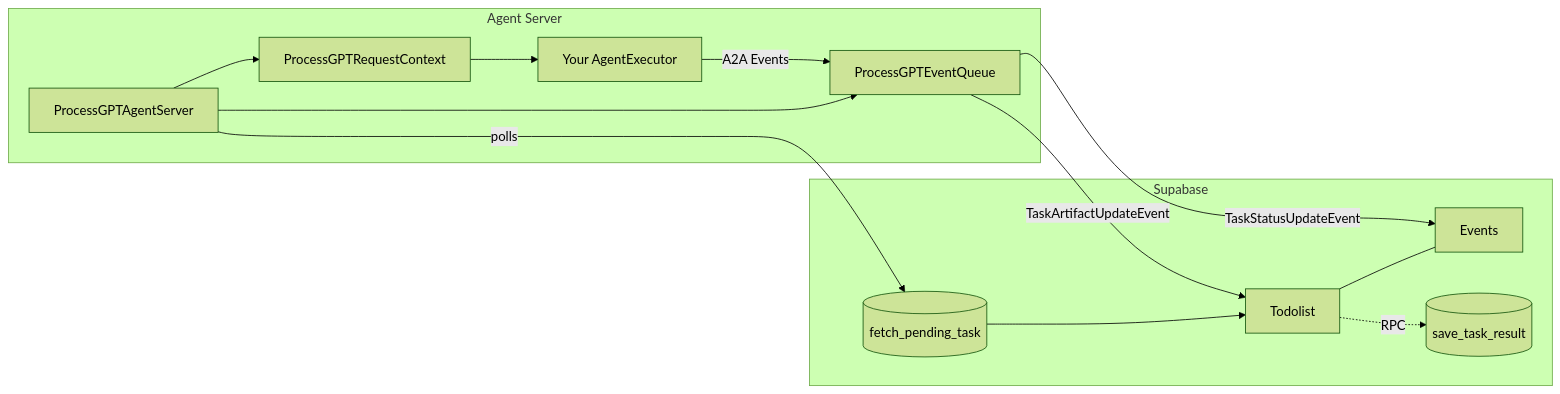
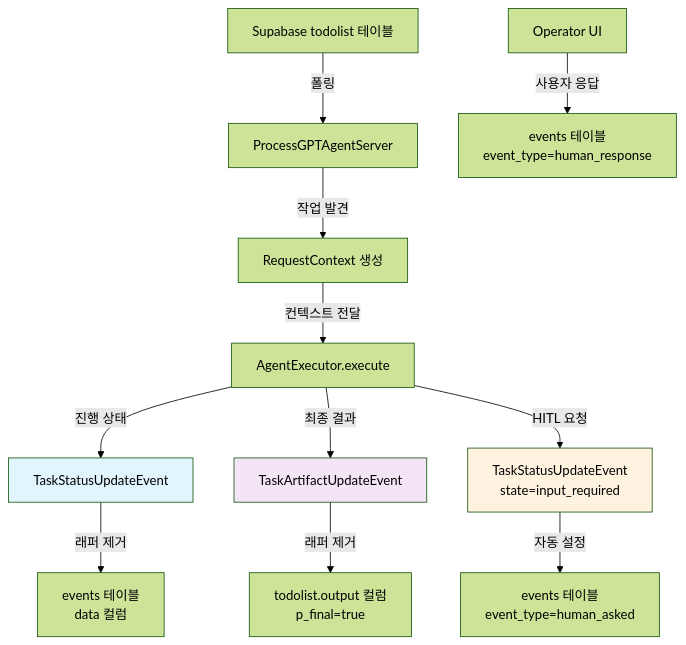
One commit to uengine-oss/process-gpt-agent-sdk changed the first of 2 diagrams in README.md. Above: the diagram before and after it, drawn with Mermaid (forest theme). The commit also changed other lines of this file and 2 other files, not shown here.

````diff
--- a/README.md
+++ b/README.md
@@ -11,20 +123,20 @@
 ```mermaid
-flowchart LR
-    subgraph Supabase
-      A[Todolist] --- B[Events]
-      A -.RPC.-> C[(save_task_result)]
-      D[(fetch_pending_task)] --> A
-    end
-
-    subgraph Agent Server
-      E[ProcessGPTAgentServer] -->|polls| D
-      E --> F[ProcessGPTRequestContext]
-      E --> G[ProcessGPTEventQueue]
-      H[Your AgentExecutor]
-      F --> H
-      H -->|A2A Events| G
-    end
-
-    G -->|TaskStatusUpdateEvent| B
-    G -->|TaskArtifactUpdateEvent| A
+graph TD
+    A[Supabase todolist 테이블] -->|폴링| B[ProcessGPTAgentServer]
+    B -->|작업 발견| C[RequestContext 생성]
+    C -->|컨텍스트 전달| D[AgentExecutor.execute]
+    
+    D -->|진행 상태| E[TaskStatusUpdateEvent]
+    D -->|최종 결과| F[TaskArtifactUpdateEvent]
+    D -->|HITL 요청| G[TaskStatusUpdateEvent<br/>state=input_required]
+    
+    E -->|래퍼 제거| H[events 테이블<br/>data 컬럼]
+    F -->|래퍼 제거| I[todolist.output 컬럼<br/>p_final=true]
+    G -->|자동 설정| J[events 테이블<br/>event_type=human_asked]
+    
+    K[Operator UI] -->|사용자 응답| L[events 테이블<br/>event_type=human_response]
+    
+    style E fill:#e1f5fe
+    style F fill:#f3e5f5
+    style G fill:#fff3e0
 ```
````
